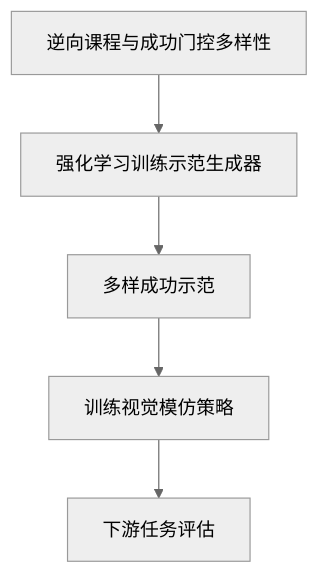
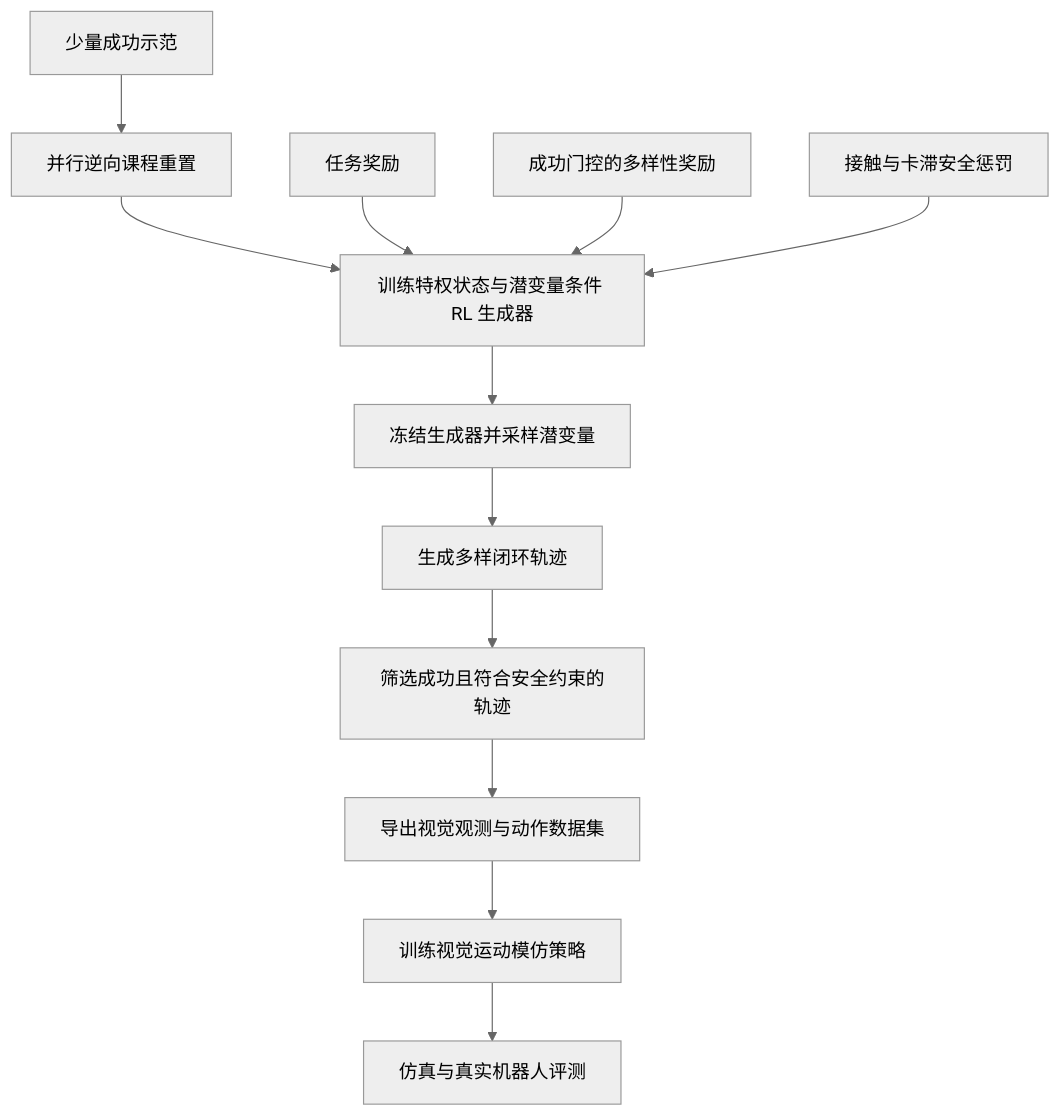
Before and after one commit to ImChong/Robotics_Notebooks: the first of 2 diagrams in wiki/entities/paper-discodemo.md, drawn with Mermaid (neutral theme). The commit also changed other lines of this file and 9 other files, not shown here.

Commit message:
docs(wiki): 依据论文方法修订流程并撤下待核实图

````diff
--- a/wiki/entities/paper-discodemo.md
+++ b/wiki/entities/paper-discodemo.md
@@ -59,7 +59,14 @@
 ```mermaid
 flowchart TD
-  A["逆向课程与成功门控多样性"] --> B["强化学习训练示范生成器"]
-  B --> C["多样成功示范"]
-  C --> D["训练视觉模仿策略"]
-  D --> E["下游任务评估"]
+  A["少量成功示范"] --> B["并行逆向课程重置"]
+  B --> C["训练特权状态与潜变量条件 RL 生成器"]
+  D["任务奖励"] --> C
+  E["成功门控的多样性奖励"] --> C
+  F["接触与卡滞安全惩罚"] --> C
+  C --> G["冻结生成器并采样潜变量"]
+  G --> H["生成多样闭环轨迹"]
+  H --> I["筛选成功且符合安全约束的轨迹"]
+  I --> J["导出视觉观测与动作数据集"]
+  J --> K["训练视觉运动模仿策略"]
+  K --> L["仿真与真实机器人评测"]
 ```
````
